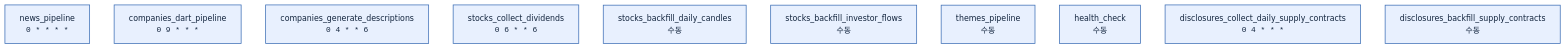
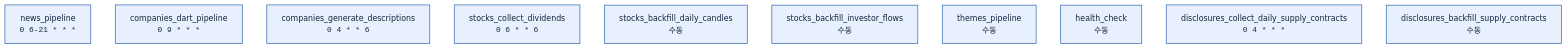
Before and after one commit to swmaestro-3back/finngraph-etl: the diagram in dags/README.md, drawn with Mermaid. The commit also changed other lines of this file and 3 other files, not shown here.

````diff
--- a/dags/README.md
+++ b/dags/README.md
@@ -61,16 +61,16 @@
 ```mermaid
 flowchart TB
-    NP["news_pipeline<br/><code>0 * * * *</code>"]
+    NP["news_pipeline<br/><code>0 6-21 * * *</code>"]
     CDP["companies_dart_pipeline<br/><code>0 9 * * *</code>"]
     CGD["companies_generate_descriptions<br/><code>0 4 * * 6</code>"]
     SCD["stocks_collect_dividends<br/><code>0 6 * * 6</code>"]
     SBD["stocks_backfill_daily_candles<br/>수동"]
     SBI["stocks_backfill_investor_flows<br/>수동"]
     TR["themes_pipeline<br/>수동"]
     HC["health_check<br/>수동"]
     DCD["disclosures_collect_daily_supply_contracts<br/><code>0 4 * * *</code>"]
     DBF["disclosures_backfill_supply_contracts<br/>수동"]
 
     classDef cron fill:#e8f0fe,stroke:#3b6db5,stroke-width:1.5px,color:#12243d
     class NP,CDP,CGD,SCD,SBD,SBI,TR,HC,DCD,DBF cron
 ```
````
